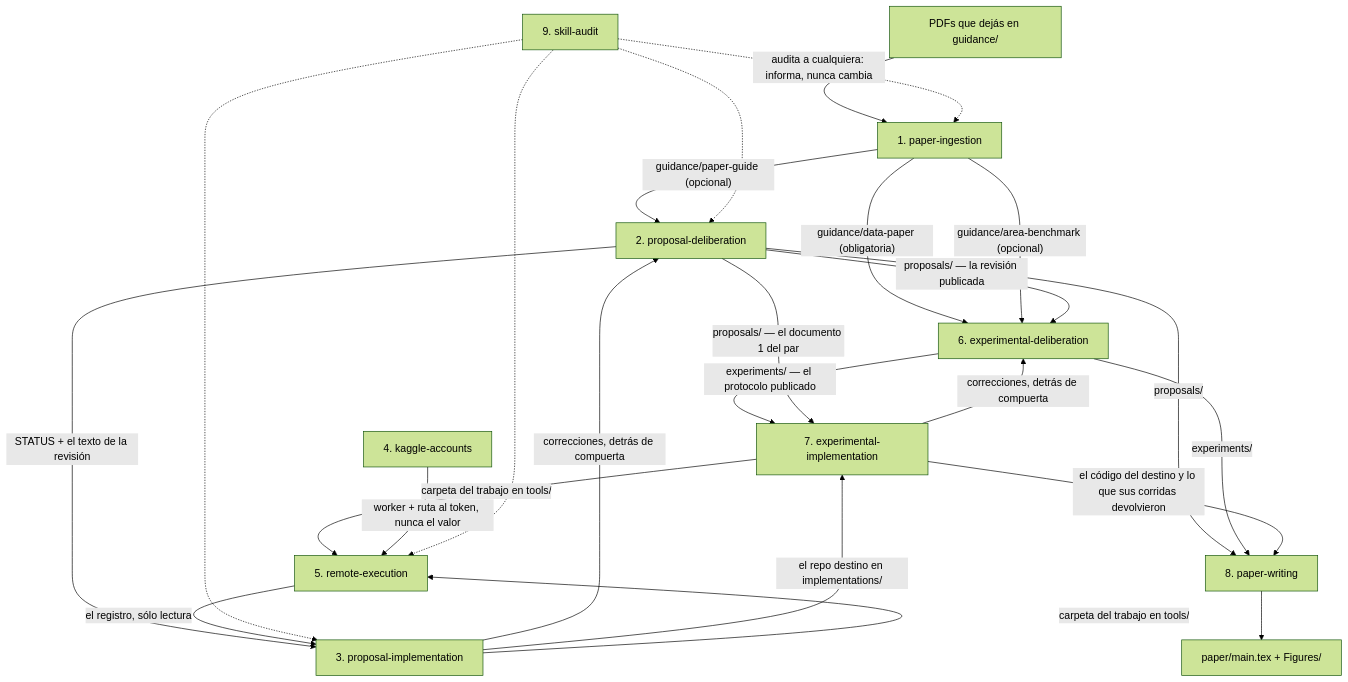
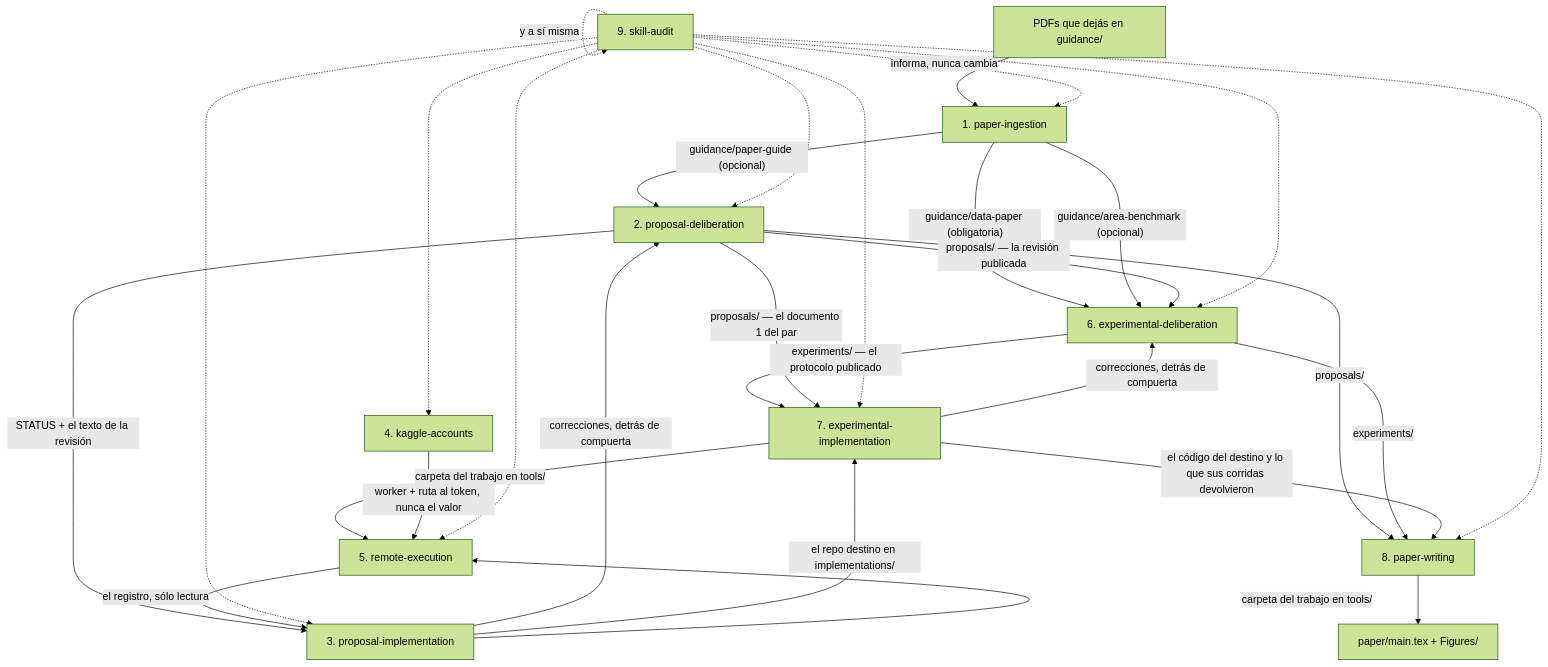
The first of 10 diagrams in README.md (CarlosAndres12/papersmith-ai), drawn with Mermaid (forest theme) before and after one commit. The commit also changed other lines of this file, not shown here.

First line of the commit message:
docs(readme): the nine flows now say what each skill declares, not a model that predates it

````diff
--- a/README.md
+++ b/README.md
@@ -245,32 +245,37 @@
 ```mermaid
 flowchart TD
     PDF["PDFs que dejás en guidance/"] --> PI["1. paper-ingestion"]
 
     PI -- "guidance/paper-guide (opcional)" --> PD["2. proposal-deliberation"]
     PI -- "guidance/data-paper (obligatoria)" --> ED["6. experimental-deliberation"]
     PI -- "guidance/area-benchmark (opcional)" --> ED
 
     PD -- "proposals/ — la revisión publicada" --> ED
     PD -- "STATUS + el texto de la revisión" --> IMP["3. proposal-implementation"]
     ED -- "experiments/ — el protocolo publicado" --> EIM["7. experimental-implementation"]
     PD -- "proposals/ — el documento 1 del par" --> EIM
 
     IMP -- "correcciones, detrás de compuerta" --> PD
     EIM -- "correcciones, detrás de compuerta" --> ED
 
     IMP -- "el repo destino en implementations/" --> EIM
     IMP -- "carpeta del trabajo en tools/" --> RE["5. remote-execution"]
     EIM -- "carpeta del trabajo en tools/" --> RE
     KA["4. kaggle-accounts"] -- "worker + ruta al token, nunca el valor" --> RE
     RE -- "el registro, sólo lectura" --> IMP
 
     PD -- "proposals/" --> PW["8. paper-writing"]
     ED -- "experiments/" --> PW
     EIM -- "el código del destino y lo que sus corridas devolvieron" --> PW
     PW --> PAPER["paper/main.tex + Figures/"]
 
-    SA["9. skill-audit"] -. "audita a cualquiera: informa, nunca cambia" .-> PI
+    SA["9. skill-audit"] -. "informa, nunca cambia" .-> PI
     SA -. " " .-> PD
     SA -. " " .-> IMP
+    SA -. " " .-> KA
     SA -. " " .-> RE
+    SA -. " " .-> ED
+    SA -. " " .-> EIM
+    SA -. " " .-> PW
+    SA -. "y a sí misma" .-> SA
 ```
````
